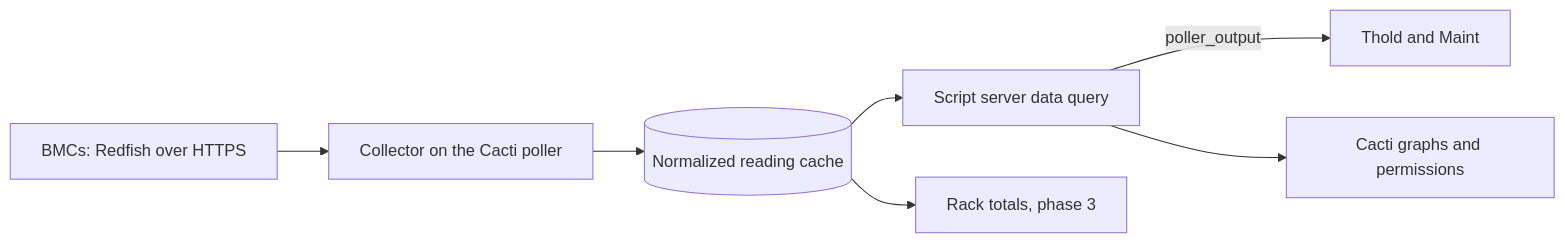
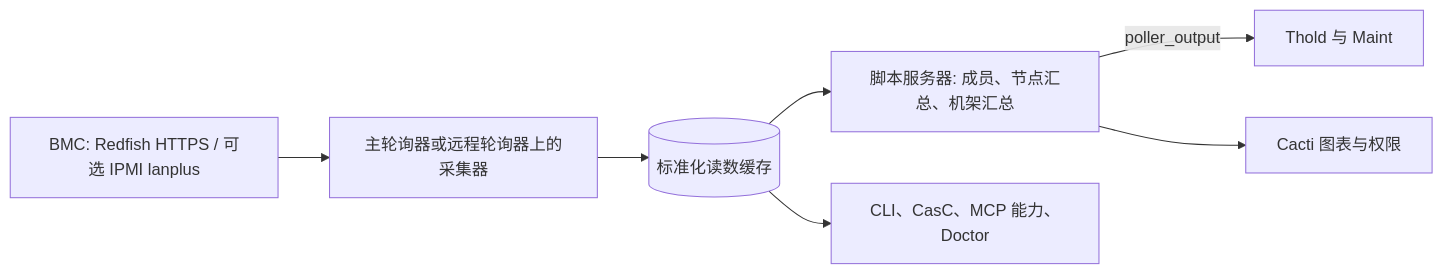
Before and after one commit to somethingwithproof/plugin_redfish: the diagram in docs/i18n/zh-CN/README.md, drawn with Mermaid. The commit also changed other lines of this file and 47 other files, not shown here.

````diff
--- a/docs/i18n/zh-CN/README.md
+++ b/docs/i18n/zh-CN/README.md
@@ -98,9 +140,9 @@
 ```mermaid
 flowchart LR
-    BMC[BMCs: Redfish over HTTPS] --> C[Collector on the Cacti poller]
-    C --> CACHE[(Normalized reading cache)]
-    CACHE --> SS[Script server data query]
-    SS -->|poller_output| T[Thold and Maint]
-    SS --> G[Cacti graphs and permissions]
-    CACHE --> R[Rack totals, phase 3]
+    BMC["BMC: Redfish HTTPS / 可选 IPMI lanplus"] --> C["主轮询器或远程轮询器上的采集器"]
+    C --> CACHE[("标准化读数缓存")]
+    CACHE --> SS["脚本服务器: 成员、节点汇总、机架汇总"]
+    SS -->|poller_output| T["Thold 与 Maint"]
+    SS --> G["Cacti 图表与权限"]
+    CACHE --> ECO["CLI、CasC、MCP 能力、Doctor"]
 ```
````
